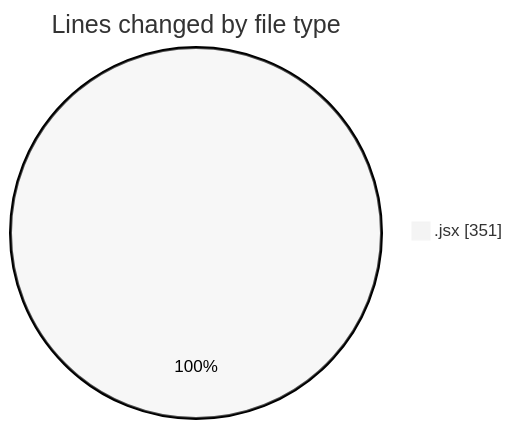
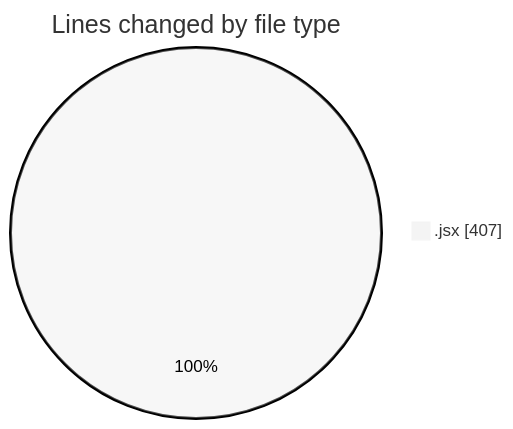
Before and after one commit to nxtqubesakshisongat/code-tracking: the first of 2 diagrams in 2025-10-09/nxtqube_webapp/README.md, drawn with Mermaid (neutral theme). The commit also changed other lines of this file and 1 other file, not shown here.

````diff
--- a/2025-10-09/nxtqube_webapp/README.md
+++ b/2025-10-09/nxtqube_webapp/README.md
@@ -20,5 +20,5 @@
 ```mermaid
 pie showData
 title Lines changed by file type
-".jsx" : 351
+".jsx" : 407
 ```
````
